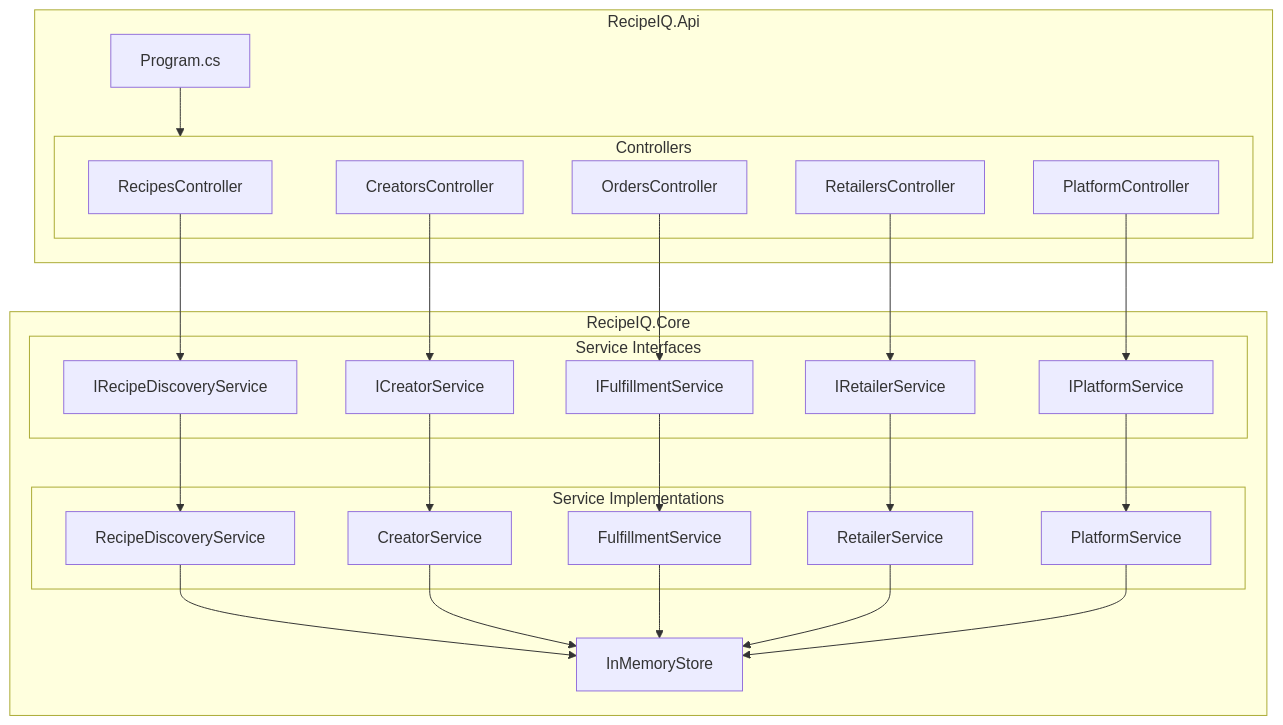
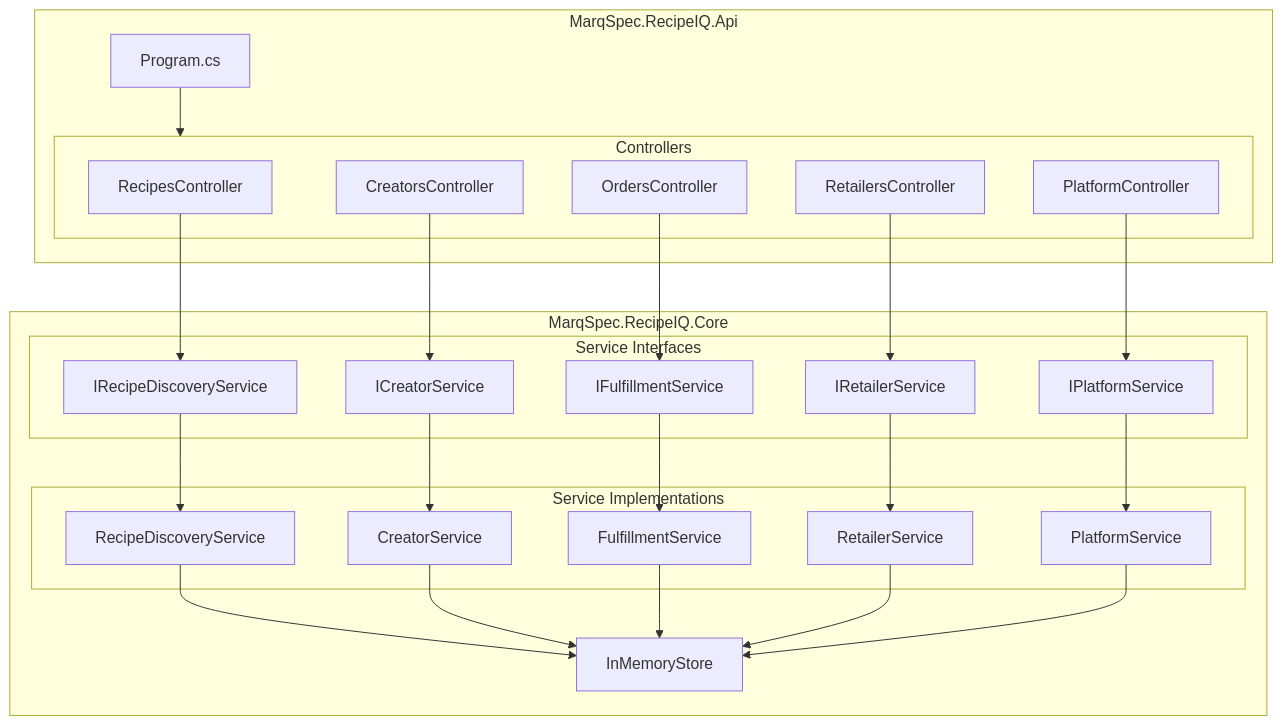
One commit to adammarquette/RecipeIQ changed the diagram in .org/backend/CLAUDE.md. Above: the diagram before and after it, drawn with Mermaid. The commit also changed other lines of this file and 53 other files, not shown here.

````diff
--- a/.org/backend/CLAUDE.md
+++ b/.org/backend/CLAUDE.md
@@ -38,39 +38,39 @@
 ```mermaid
 graph TB
-    subgraph Api["RecipeIQ.Api"]
+    subgraph Api["MarqSpec.RecipeIQ.Api"]
         P[Program.cs]
         subgraph Controllers
             RC[RecipesController]
             CC[CreatorsController]
             OC[OrdersController]
             RtC[RetailersController]
             PC[PlatformController]
         end
     end
 
-    subgraph Core["RecipeIQ.Core"]
+    subgraph Core["MarqSpec.RecipeIQ.Core"]
         subgraph Interfaces["Service Interfaces"]
             IRDS[IRecipeDiscoveryService]
             ICS[ICreatorService]
             IFS[IFulfillmentService]
             IRS[IRetailerService]
             IPS[IPlatformService]
         end
         subgraph Implementations["Service Implementations"]
             RDS[RecipeDiscoveryService]
             CS[CreatorService]
             FS[FulfillmentService]
             RS[RetailerService]
             PS[PlatformService]
         end
         IMS[InMemoryStore]
     end
 
     P --> Controllers
     RC --> IRDS --> RDS
     CC --> ICS --> CS
     OC --> IFS --> FS
     RtC --> IRS --> RS
     PC --> IPS --> PS
     RDS & CS & FS & RS & PS --> IMS
 ```
````
